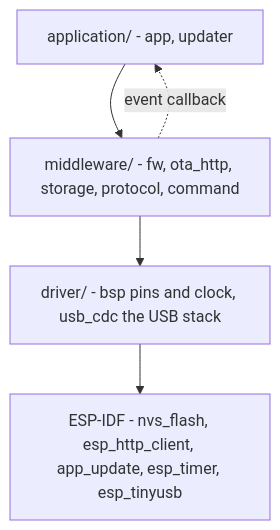
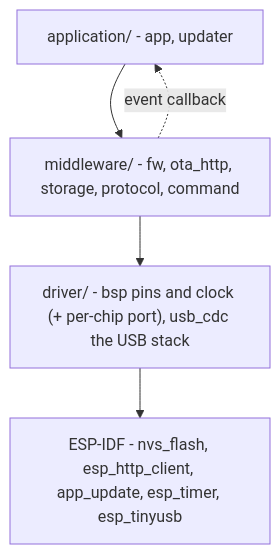
One commit to dtbao-embedded-dev/app-updater changed the diagram in docs/memory-ai/architecture/layering-and-dependencies.md. Above: the diagram before and after it, drawn with Mermaid. The commit also changed other lines of this file and 5 other files, not shown here.

First line of the commit message:
docs(memory-ai): document the bsp per-chip port split

````diff
--- a/docs/memory-ai/architecture/layering-and-dependencies.md
+++ b/docs/memory-ai/architecture/layering-and-dependencies.md
@@ -23,10 +23,10 @@
 ```mermaid
 flowchart TD
     APP["application/ - app, updater"]
     MW["middleware/ - fw, ota_http, storage, protocol, command"]
-    DRV["driver/ - bsp pins and clock, usb_cdc the USB stack"]
+    DRV["driver/ - bsp pins and clock (+ per-chip port), usb_cdc the USB stack"]
     SDK["ESP-IDF - nvs_flash, esp_http_client, app_update, esp_timer, esp_tinyusb"]
 
     APP --> MW --> DRV --> SDK
     MW -. "event callback" .-> APP
 ```
````
